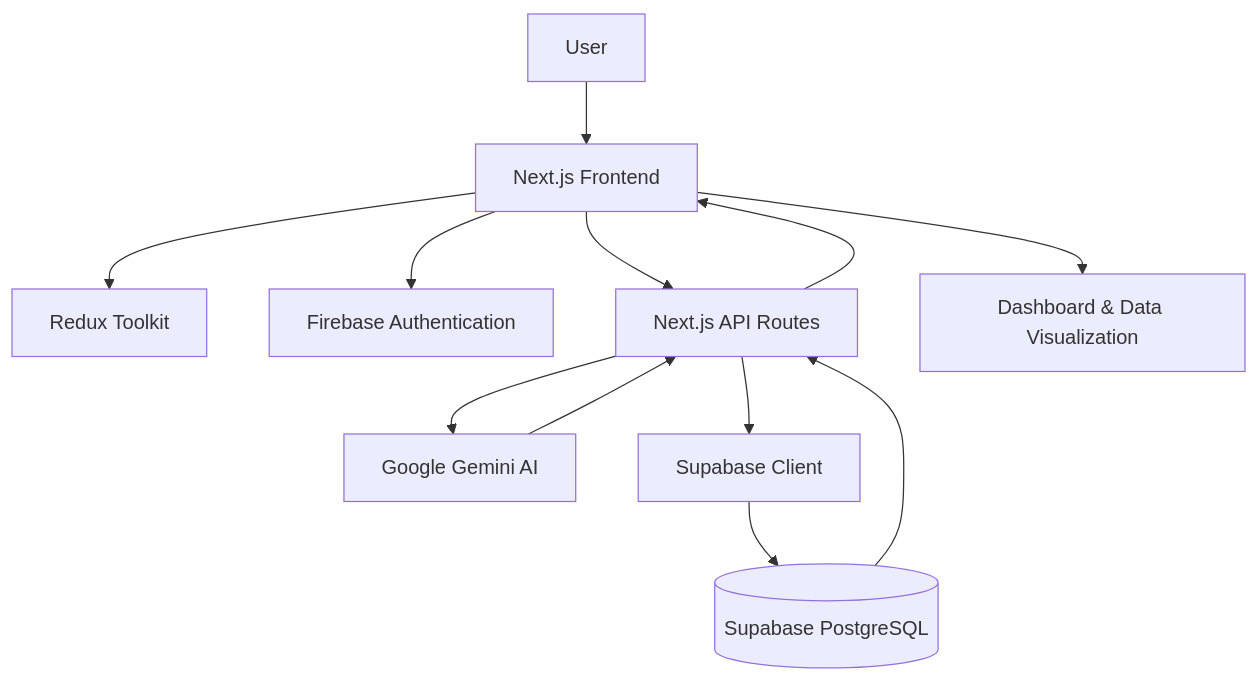
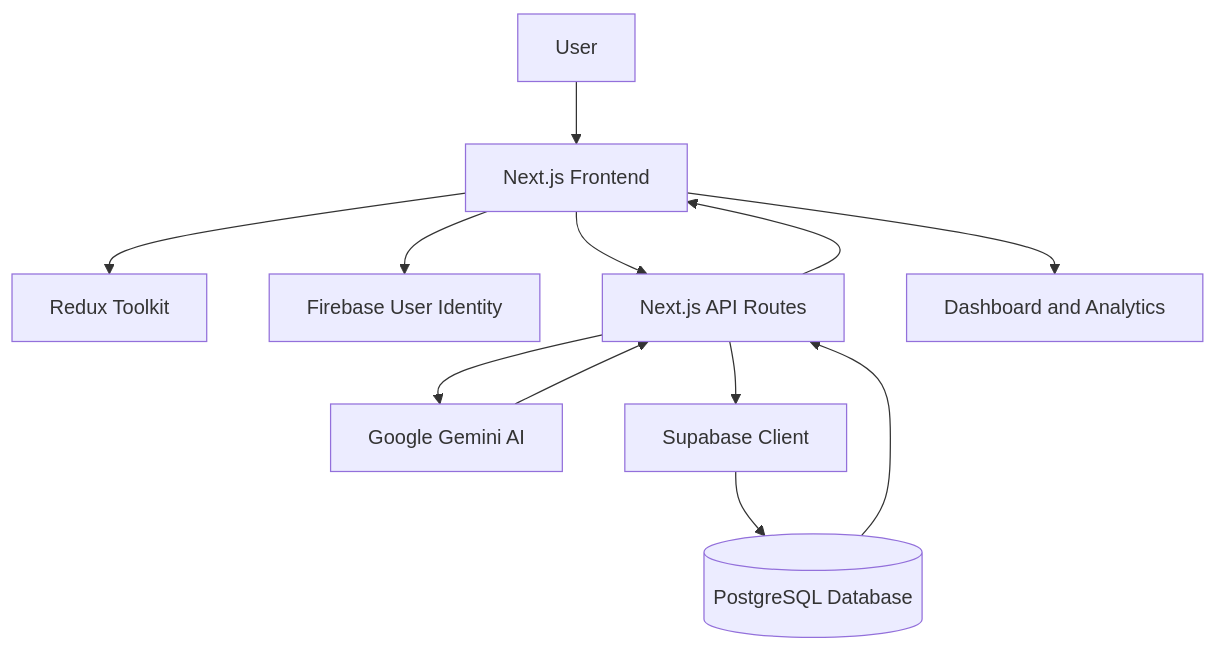
The first of 5 diagrams in README.md (Shafaet1074/AI-Meal-Planner), drawn with Mermaid before and after one commit. The commit also changed other lines of this file, not shown here.

````diff
--- a/README.md
+++ b/README.md
@@ -260,14 +41,16 @@
 ```mermaid
 flowchart TD
-    A["User"] --> B["Next.js Frontend"]
-    B --> C["Redux Toolkit"]
-    B --> D["Firebase Authentication"]
-    B --> E["Next.js API Routes"]
-    E --> F["Google Gemini AI"]
-    E --> G["Supabase Client"]
-    G --> H[("Supabase PostgreSQL")]
+    A[User] --> B[Next.js Frontend]
+    B --> C[Redux Toolkit]
+    B --> D[Firebase User Identity]
+    B --> E[Next.js API Routes]
+
+    E --> F[Google Gemini AI]
+    E --> G[Supabase Client]
+    G --> H[(PostgreSQL Database)]
+
+    F --> E
     H --> E
-    F --> E
     E --> B
-    B --> I["Dashboard & Data Visualization"]
+    B --> I[Dashboard and Analytics]
 ```
````
